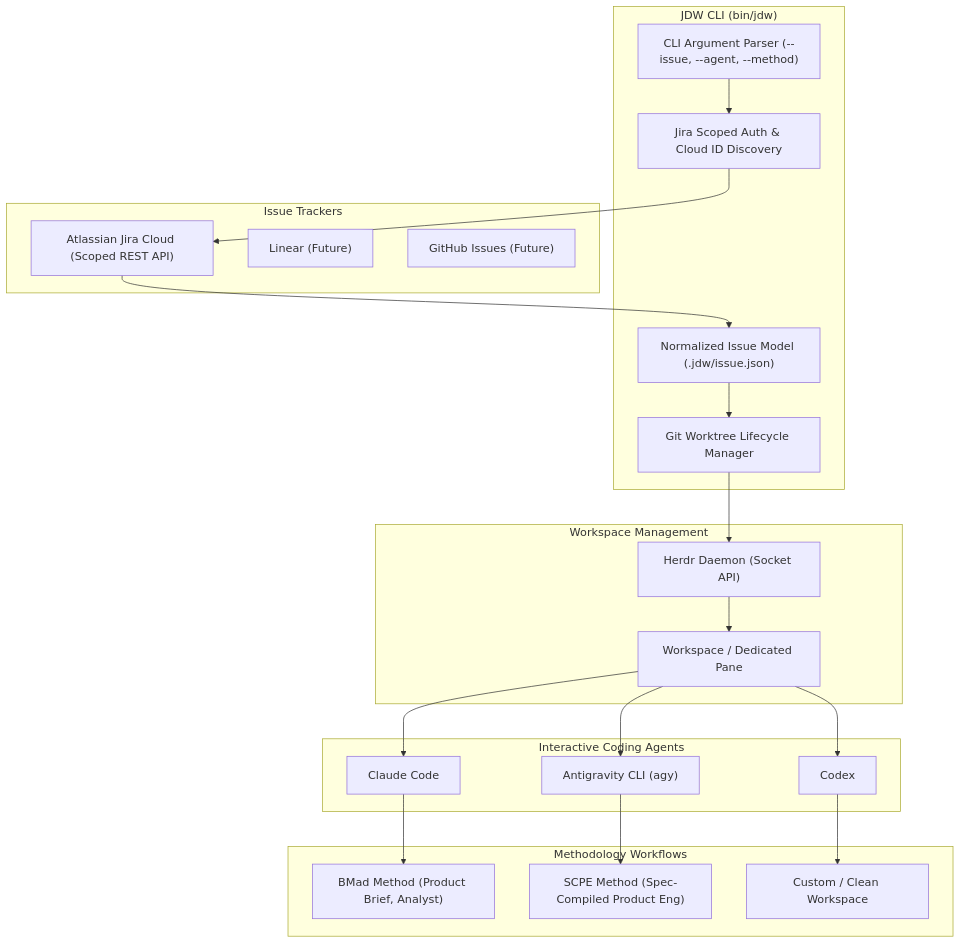
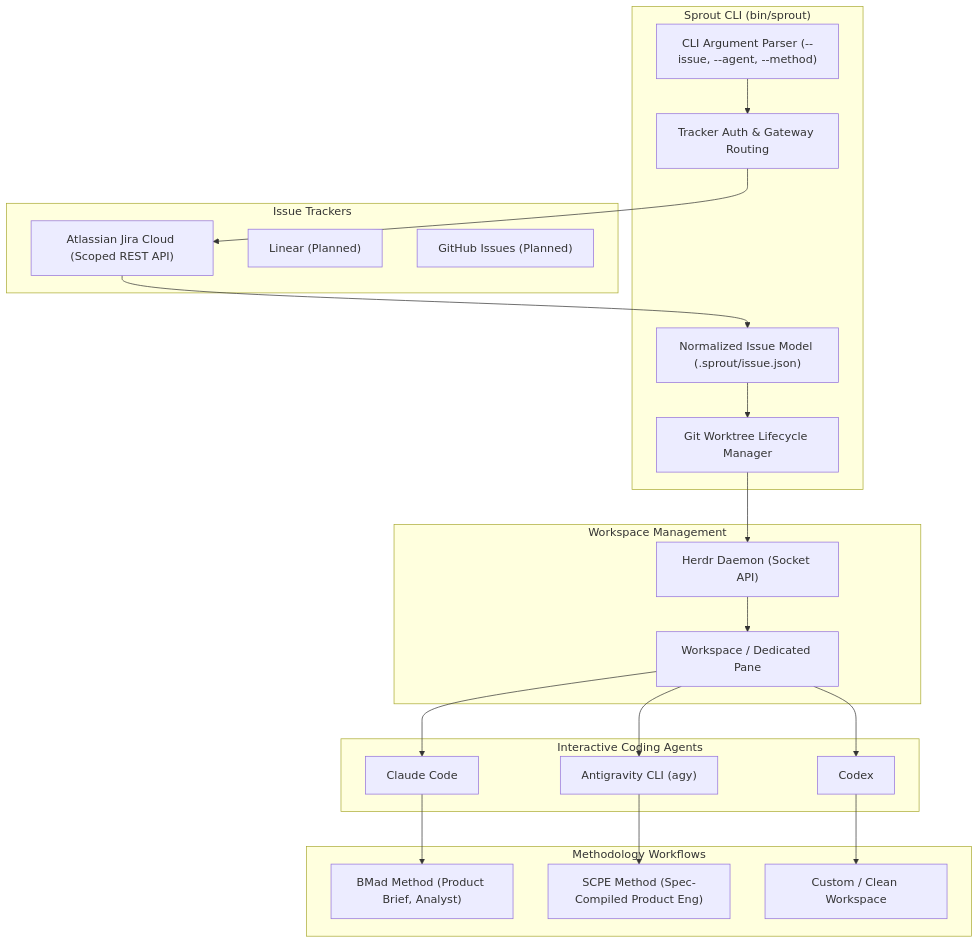
Before and after one commit to bfs2021/sprout: the diagram in docs/architecture.md, drawn with Mermaid. The commit also changed other lines of this file and 5 other files, not shown here.

Commit message:
feat(rename): rename project from JDW to Sprout

````diff
--- a/docs/architecture.md
+++ b/docs/architecture.md
@@ -7,45 +7,45 @@
 ```mermaid
 flowchart TD
-    subgraph CLI ["JDW CLI (bin/jdw)"]
+    subgraph CLI ["Sprout CLI (bin/sprout)"]
         ArgParse["CLI Argument Parser (--issue, --agent, --method)"]
-        JiraAuth["Jira Scoped Auth & Cloud ID Discovery"]
+        TrackerAuth["Tracker Auth & Gateway Routing"]
         WorktreeMgr["Git Worktree Lifecycle Manager"]
-        NormModel["Normalized Issue Model (.jdw/issue.json)"]
+        NormModel["Normalized Issue Model (.sprout/issue.json)"]
     end
 
     subgraph Trackers ["Issue Trackers"]
         Jira["Atlassian Jira Cloud (Scoped REST API)"]
-        Linear["Linear (Future)"]
-        GitHub["GitHub Issues (Future)"]
+        Linear["Linear (Planned)"]
+        GitHub["GitHub Issues (Planned)"]
     end
 
     subgraph Terminal ["Workspace Management"]
         Herdr["Herdr Daemon (Socket API)"]
         Workspace["Workspace / Dedicated Pane"]
     end
 
     subgraph Agents ["Interactive Coding Agents"]
         Claude["Claude Code"]
         AGY["Antigravity CLI (agy)"]
         Codex["Codex"]
     end
 
     subgraph Methodologies ["Methodology Workflows"]
         BMad["BMad Method (Product Brief, Analyst)"]
         SCPE["SCPE Method (Spec-Compiled Product Eng)"]
         Custom["Custom / Clean Workspace"]
     end
 
-    ArgParse --> JiraAuth
-    JiraAuth --> Jira
+    ArgParse --> TrackerAuth
+    TrackerAuth --> Jira
     Jira --> NormModel
     NormModel --> WorktreeMgr
     WorktreeMgr --> Herdr
     Herdr --> Workspace
     Workspace --> Claude
     Workspace --> AGY
     Workspace --> Codex
     Claude --> BMad
     AGY --> SCPE
     Codex --> Custom
 ```
````
